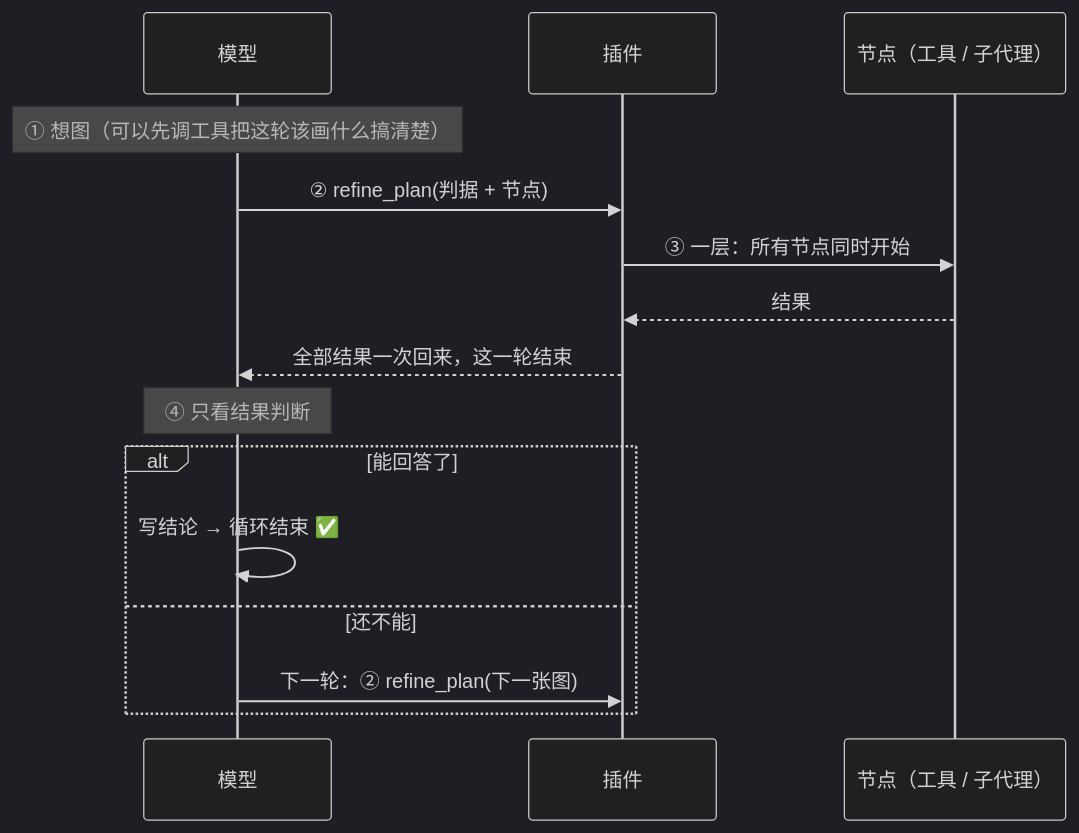
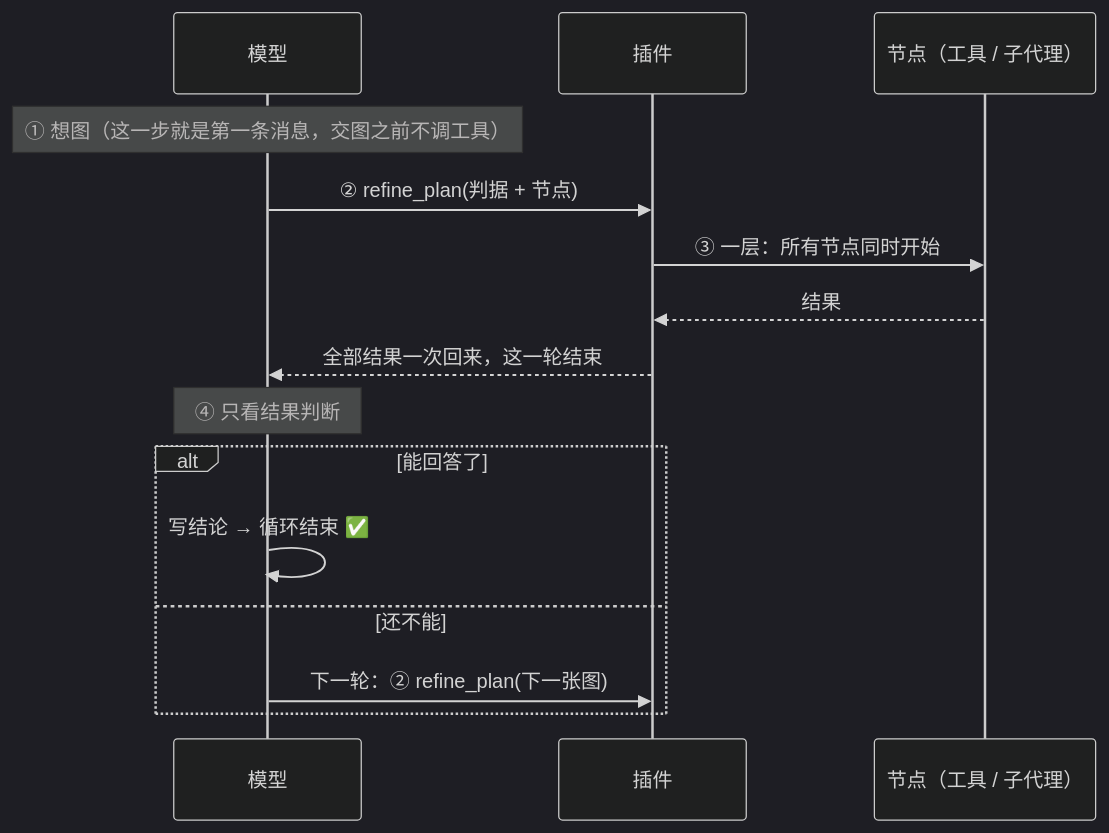
The second of 3 diagrams in README.md (zyn19940107/dsh-conductor), drawn with Mermaid (dark theme) before and after one commit. The commit also changed other lines of this file and 1 other file, not shown here.

````diff
--- a/README.md
+++ b/README.md
@@ -32,18 +32,18 @@
 ```mermaid
 sequenceDiagram
     participant M as 模型
     participant P as 插件
     participant C as 节点（工具 / 子代理）
 
-    Note over M: ① 想图（可以先调工具把这轮该画什么搞清楚）
+    Note over M: ① 想图（这一步就是第一条消息，交图之前不调工具）
     M->>P: ② refine_plan(判据 + 节点)
     P->>C: ③ 一层：所有节点同时开始
     C-->>P: 结果
     P-->>M: 全部结果一次回来，这一轮结束
     Note over M: ④ 只看结果判断
     alt 能回答了
         M->>M: 写结论 → 循环结束 ✅
     else 还不能
         M->>P: 下一轮：② refine_plan(下一张图)
     end
 ```
````
